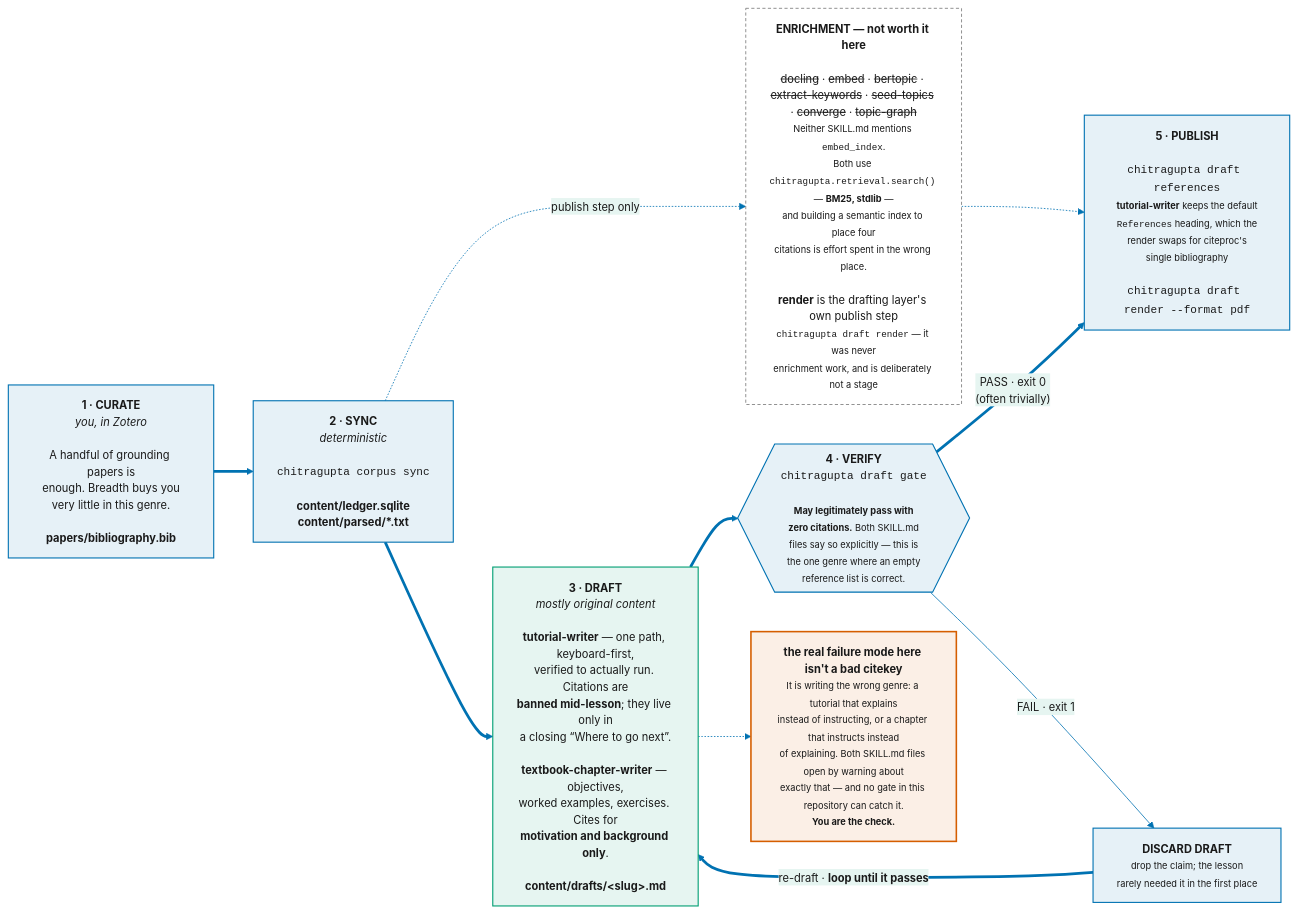
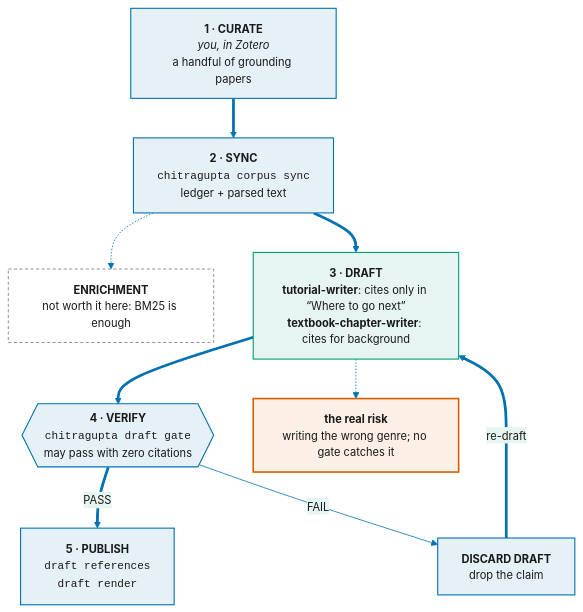
One commit to prasadtalasila/chitragupta changed the eighth of 14 diagrams in docs/DIAGRAMS.md. Above: the diagram before and after it, drawn with Mermaid. The commit also changed other lines of this file and 145 other files, not shown here.

````diff
--- a/docs/DIAGRAMS.md
+++ b/docs/DIAGRAMS.md
@@ -876,56 +741,55 @@
 ```mermaid
 %%{init: {
   "theme": "base",
   "themeVariables": {
     "fontSize": "14px",
     "primaryColor": "#E6F1F7",
     "primaryBorderColor": "#0072B2",
     "primaryTextColor": "#1A1A1A",
     "lineColor": "#0072B2",
     "secondaryColor": "#E6F5F1",
     "secondaryBorderColor": "#009E73",
     "tertiaryColor": "#FBEFE6",
     "tertiaryBorderColor": "#D55E00"
   }
 }}%%
-flowchart LR
+flowchart TB
 
-  P0["<b>1 · CURATE</b><br/><i>you, in Zotero</i><br/><br/>A handful of grounding papers is<br/>enough. Breadth buys you<br/>very little in this genre.<br/><br/><b>papers/bibliography.bib</b>"]
+  P0["<b>1 · CURATE</b><br/><i>you, in Zotero</i><br/>a handful of grounding papers"]
 
-  P1["<b>2 · SYNC</b><br/><i>deterministic</i><br/><br/><code>chitragupta corpus sync</code><br/><br/><b>content/ledger.sqlite</b><br/><b>content/parsed/*.txt</b>"]
+  P1["<b>2 · SYNC</b><br/><code>chitragupta corpus sync</code><br/>ledger + parsed text"]
 
-  HEAVY["<b>ENRICHMENT — not worth it here</b><br/><br/><s>docling</s> · <s>embed</s> · <s>bertopic</s> · <s>extract-keywords</s> · <s>seed-topics</s> · <s>converge</s> · <s>topic-graph</s><br/><small>Neither SKILL.md mentions <code>embed_index</code>.<br/>Both use <code>chitragupta.retrieval.search()</code> — <b>BM25, stdlib</b> —<br/>and building a semantic index to place four<br/>citations is effort spent in the wrong place.</small><br/><br/><b>render</b> is the drafting layer's own publish step<br/><small><code>chitragupta draft render</code> — it was never<br/>enrichment work, and is deliberately not a stage</small>"]
+  HEAVY["<b>ENRICHMENT</b><br/>not worth it here: BM25 is enough"]
 
-  P2["<b>3 · DRAFT</b><br/><i>mostly original content</i><br/><br/><b>tutorial-writer</b> — one path, keyboard-first,<br/>verified to actually run. Citations are<br/><b>banned mid-lesson</b>; they live only in<br/>a closing “Where to go next”.<br/><br/><b>textbook-chapter-writer</b> — objectives,<br/>worked examples, exercises. Cites for<br/><b>motivation and background only</b>.<br/><br/><b>content/drafts/&lt;slug&gt;.md</b>"]
+  P2["<b>3 · DRAFT</b><br/><b>tutorial-writer</b>: cites only in “Where to go next”<br/><b>textbook-chapter-writer</b>: cites for background"]
 
-  P3{{"<b>4 · VERIFY</b><br/><code>chitragupta draft gate</code><br/><br/><small><b>May legitimately pass with<br/>zero citations.</b> Both SKILL.md<br/>files say so explicitly — this is<br/>the one genre where an empty<br/>reference list is correct.</small>"}}
+  P3{{"<b>4 · VERIFY</b><br/><code>chitragupta draft gate</code><br/>may pass with zero citations"}}
 
-  FIX["<b>DISCARD DRAFT</b><br/><small>drop the claim; the lesson<br/>rarely needed it in the first place</small>"]
+  FIX["<b>DISCARD DRAFT</b><br/>drop the claim"]
 
-  P4["<b>5 · PUBLISH</b><br/><br/><code>chitragupta draft references</code><br/><small><b>tutorial-writer</b> keeps the default<br/><code>References</code> heading, which the<br/>render swaps for citeproc's<br/>single bibliography</small><br/><br/><code>chitragupta draft render --format pdf</code>"]
+  P4["<b>5 · PUBLISH</b><br/><code>draft references</code><br/><code>draft render</code>"]
 
-  RISK["<b>the real failure mode here isn't a bad citekey</b><br/><small>It is writing the wrong genre: a tutorial that explains<br/>instead of instructing, or a chapter that instructs instead<br/>of explaining. Both SKILL.md files open by warning about<br/>exactly that — and no gate in this repository can catch it.<br/><b>You are the check.</b></small>"]
+  RISK["<b>the real risk</b><br/>writing the wrong genre; no gate catches it"]
 
   P0 ==> P1 ==> P2 ==> P3
-  P1 -. "publish step only" .-> HEAVY
-  HEAVY -.-> P4
-  P3 == "PASS · exit 0<br/>(often trivially)" ==> P4
-  P3 -- "FAIL · exit 1" --> FIX
-  FIX == "re-draft · <b>loop until it passes</b>" ==> P2
+  P1 -.-> HEAVY
+  P3 == "PASS" ==> P4
+  P3 -- "FAIL" --> FIX
+  FIX == "re-draft" ==> P2
   P2 -.-> RISK
 
   class P0 flow
   class P1 flow
   class P2 alt
   class P3 flow
   class P4 flow
   class FIX flow
   class HEAVY absent
   class RISK key
 
   %% house roles: generated by scripts/render_diagrams.py --sync
   classDef flow fill:#E6F1F7,stroke:#0072B2,stroke-width:1.4px,color:#1A1A1A
   classDef alt fill:#E6F5F1,stroke:#009E73,stroke-width:1.4px,color:#1A1A1A
   classDef key fill:#FBEFE6,stroke:#D55E00,stroke-width:2px,color:#1A1A1A
   classDef absent fill:#FFFFFF,stroke:#8C8C8C,stroke-width:1.2px,stroke-dasharray:4 3,color:#1A1A1A
 ```
````
